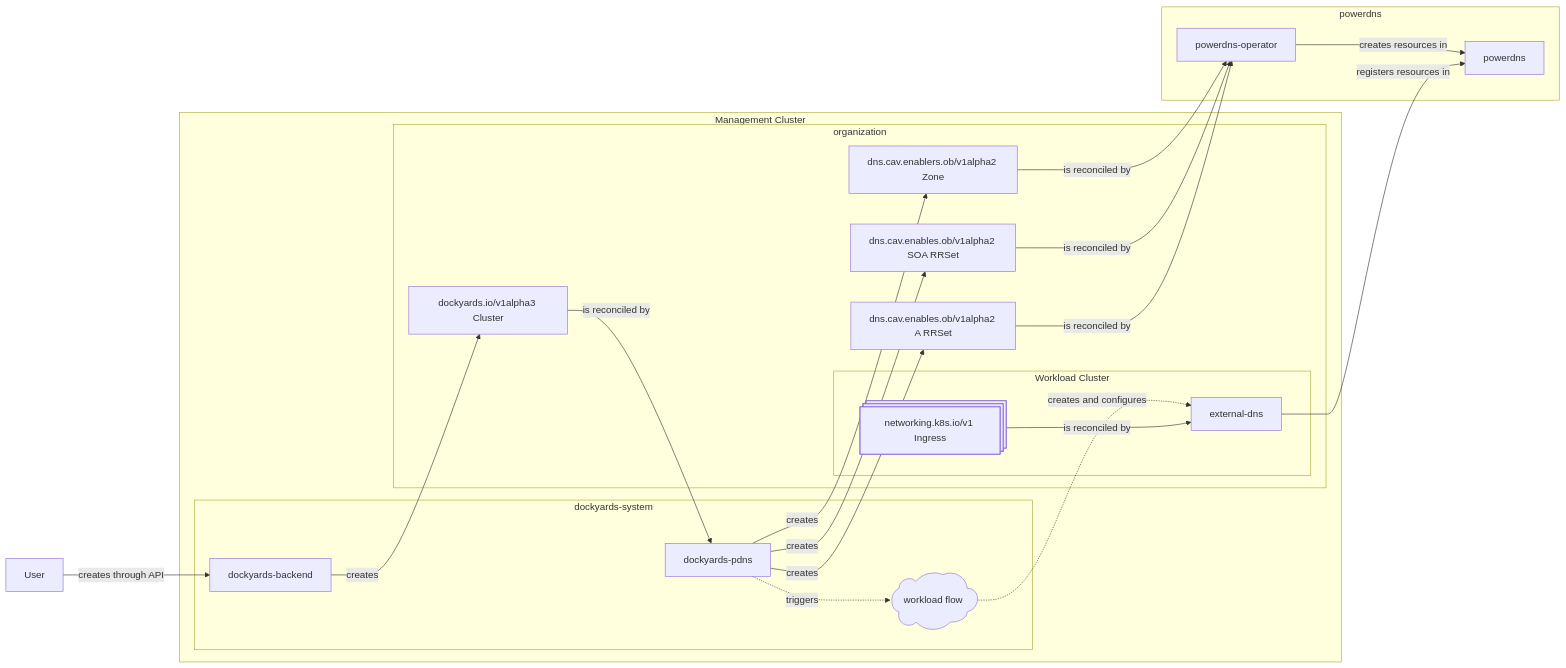
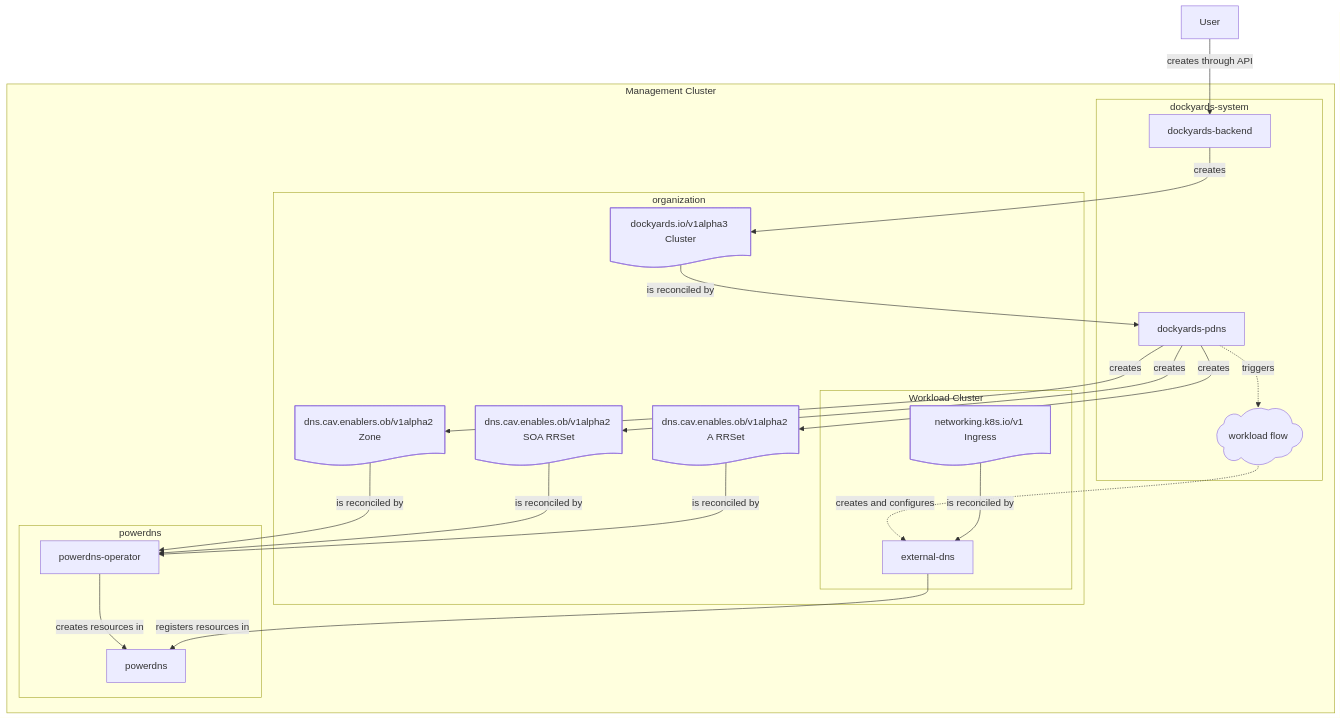
Before and after one commit to sudoswedenab/dockyards-pdns: the diagram in README.md, drawn with Mermaid.

````diff
--- a/README.md
+++ b/README.md
@@ -6,55 +6,53 @@
 ```mermaid
-flowchart LR
-    DockyardsPDNS["dockyards-pdns"]
-    DockyardsBackend["dockyards-backend"]
-    User
-    ExternalDNS["external-dns"]
-    DockyardsCluster["dockyards.io/v1alpha3 Cluster"]
-    WorkloadFlow@{ shape: cloud, label: "workload flow" }
-    Zone["dns.cav.enablers.ob/v1alpha2 Zone"]
-    SOARecord["dns.cav.enables.ob/v1alpha2 SOA RRSet"]
-    ARecord["dns.cav.enables.ob/v1alpha2 A RRSet"]
-    PDNSOperator["powerdns-operator"]
-    PDNS["powerdns"]
-    Ingress@{ shape: processes, label : "networking.k8s.io/v1 Ingress"}
+flowchart TB
+    User@{shape: rect, label: "User"}
+    DockyardsBackend@{shape: rect, label: "dockyards-backend"}
+    DockyardsPDNS@{shape: rect, label: "dockyards-pdns"}
+    ExternalDNS@{shape: rect, label: "external-dns"}
+    PDNSOperator@{shape: rect, label: "powerdns-operator"}
+    PDNS@{shape: rect, label: "powerdns"}
+    WorkloadFlow@{shape: cloud, label: "workload flow"}
+    DockyardsCluster@{shape: doc, label: "dockyards.io/v1alpha3 Cluster"}
+    Zone@{shape: doc, label: "dns.cav.enablers.ob/v1alpha2 Zone"}
+    SOARecord@{shape: doc, label: "dns.cav.enables.ob/v1alpha2 SOA RRSet"}
+    ARecord@{shape: doc, label: "dns.cav.enables.ob/v1alpha2 A RRSet"}
+    Ingress@{shape: doc, label: "networking.k8s.io/v1 Ingress"}
 
     User -->|creates through API| DockyardsBackend
     DockyardsBackend -->|creates| DockyardsCluster
     DockyardsCluster -->|is reconciled by| DockyardsPDNS
-    DockyardsPDNS -.->|triggers|WorkloadFlow
+    DockyardsPDNS -.->|triggers| WorkloadFlow
     WorkloadFlow -.->|creates and configures| ExternalDNS
-    DockyardsPDNS -->|creates|Zone
-    DockyardsPDNS -->|creates|SOARecord
-    DockyardsPDNS -->|creates|ARecord
-    Zone -->|is reconciled by|PDNSOperator
-    SOARecord -->|is reconciled by|PDNSOperator
-    ARecord -->|is reconciled by|PDNSOperator
+    DockyardsPDNS -->|creates| Zone
+    DockyardsPDNS -->|creates| SOARecord
+    DockyardsPDNS -->|creates| ARecord
+    Zone -->|is reconciled by| PDNSOperator
+    SOARecord -->|is reconciled by| PDNSOperator
+    ARecord -->|is reconciled by| PDNSOperator
     PDNSOperator -->|creates resources in| PDNS
     Ingress -->|is reconciled by| ExternalDNS
     ExternalDNS -->|registers resources in| PDNS
-
-
 
     subgraph Management Cluster
         subgraph dockyards-system
             DockyardsBackend
             DockyardsPDNS
             WorkloadFlow
         end
         subgraph organization
             DockyardsCluster
             Zone
             SOARecord
             ARecord
 
             subgraph Workload Cluster
                 ExternalDNS
                 Ingress
             end
         end
-    end
-    subgraph powerdns
-        PDNSOperator
-        PDNS
+        subgraph powerdns
+            PDNSOperator
+            PDNS
+        end
     end
 ```
````
